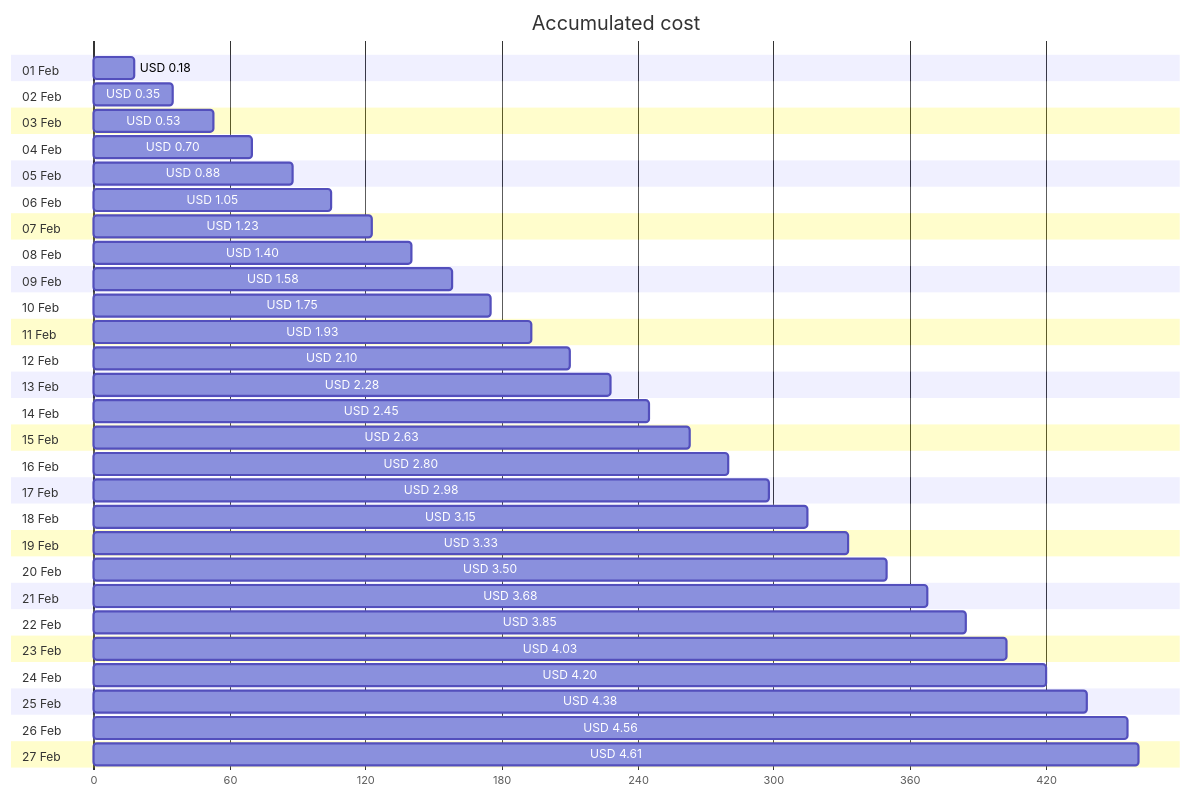
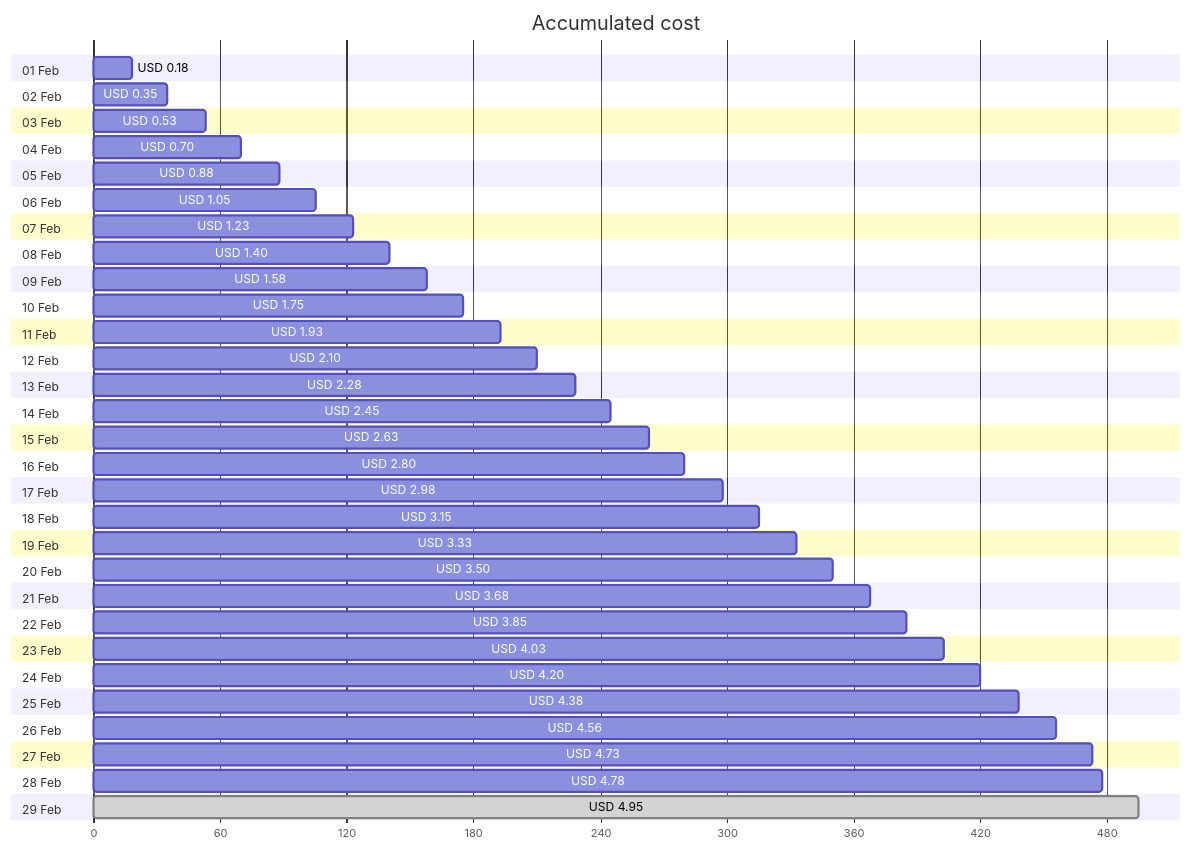
The first of 4 diagrams in cost-reports/personal-network/backup-server.md (jpfulton/azure-personal-reports), drawn with Mermaid before and after one commit. The commit also changed other lines of this file and 8 other files, not shown here.

````diff
--- a/cost-reports/personal-network/backup-server.md
+++ b/cost-reports/personal-network/backup-server.md
@@ -20,60 +20,64 @@
 ```mermaid
 gantt
    title Accumulated cost
    dateFormat  X
    axisFormat %s
    section 01 Feb
    USD 0.18 :0, 18
    section 02 Feb
    USD 0.35 :0, 35
    section 03 Feb
    USD 0.53 :0, 53
    section 04 Feb
    USD 0.70 :0, 70
    section 05 Feb
    USD 0.88 :0, 88
    section 06 Feb
    USD 1.05 :0, 105
    section 07 Feb
    USD 1.23 :0, 123
    section 08 Feb
    USD 1.40 :0, 140
    section 09 Feb
    USD 1.58 :0, 158
    section 10 Feb
    USD 1.75 :0, 175
    section 11 Feb
    USD 1.93 :0, 193
    section 12 Feb
    USD 2.10 :0, 210
    section 13 Feb
    USD 2.28 :0, 228
    section 14 Feb
    USD 2.45 :0, 245
    section 15 Feb
    USD 2.63 :0, 263
    section 16 Feb
    USD 2.80 :0, 280
    section 17 Feb
    USD 2.98 :0, 298
    section 18 Feb
    USD 3.15 :0, 315
    section 19 Feb
    USD 3.33 :0, 333
    section 20 Feb
    USD 3.50 :0, 350
    section 21 Feb
    USD 3.68 :0, 368
    section 22 Feb
    USD 3.85 :0, 385
    section 23 Feb
    USD 4.03 :0, 403
    section 24 Feb
    USD 4.20 :0, 420
    section 25 Feb
    USD 4.38 :0, 438
    section 26 Feb
    USD 4.56 :0, 456
    section 27 Feb
-   USD 4.61 :0, 461
+   USD 4.73 :0, 473
+   section 28 Feb
+   USD 4.78 :0, 478
+   section 29 Feb
+   USD 4.95 : done, 0, 495
 ```
````
